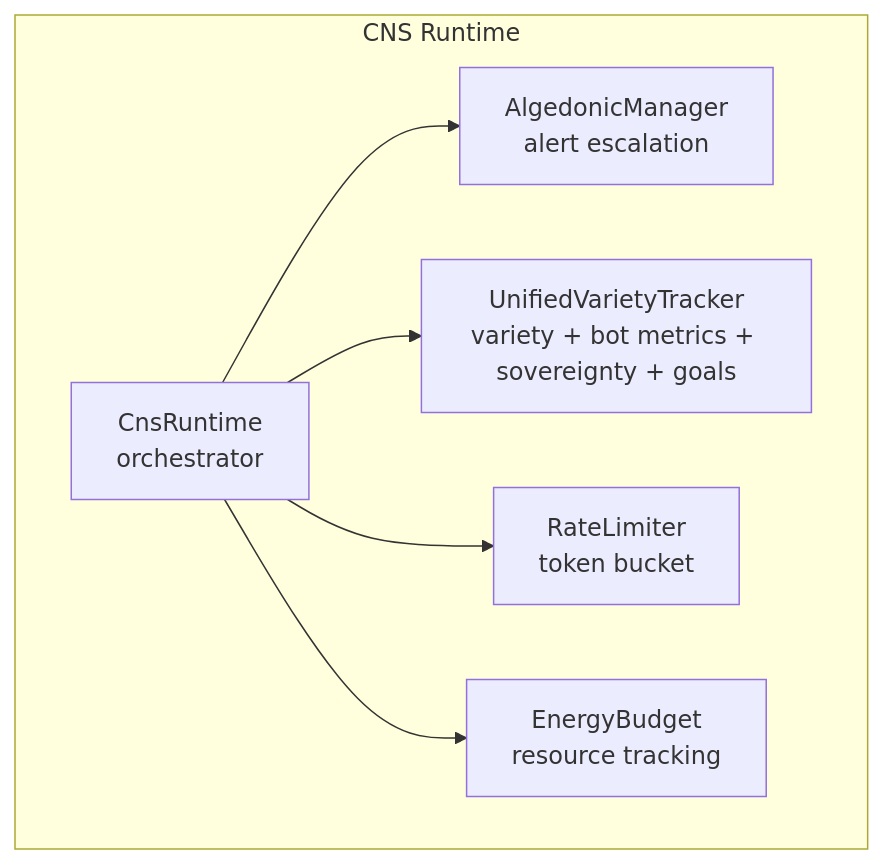
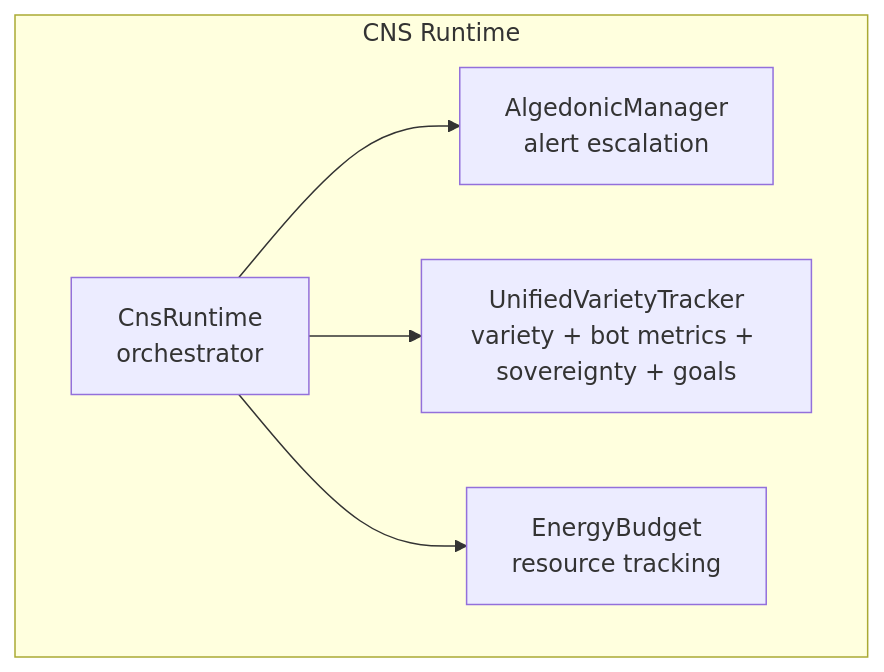
One commit to mdz-axo/hKask changed the first of 2 diagrams in docs/architecture/trust-security-observability.md. Above: the diagram before and after it, drawn with Mermaid. The commit also changed other lines of this file and 27 other files, not shown here.

````diff
--- a/docs/architecture/trust-security-observability.md
+++ b/docs/architecture/trust-security-observability.md
@@ -220,15 +220,13 @@
 ```mermaid
 graph TB
     subgraph CNS["CNS Runtime"]
         RT["CnsRuntime<br/>orchestrator"]
         ALG["AlgedonicManager<br/>alert escalation"]
         UVT["UnifiedVarietyTracker<br/>variety + bot metrics + sovereignty + goals"]
-        RL["RateLimiter<br/>token bucket"]
         EN["EnergyBudget<br/>resource tracking"]
     end
 
     RT --> ALG
     RT --> UVT
-    RT --> RL
     RT --> EN
 ```
````
